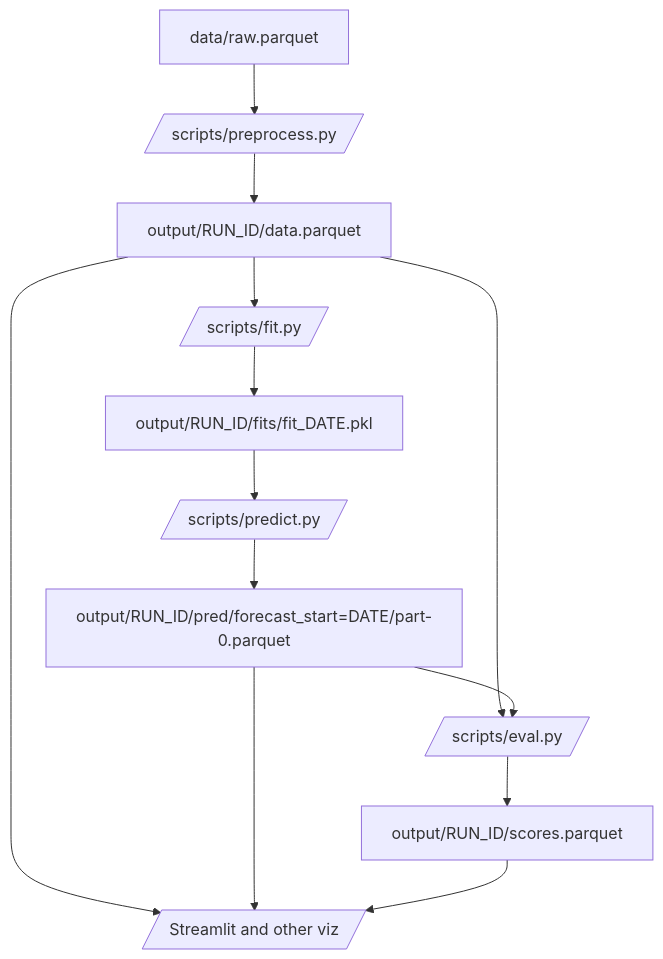
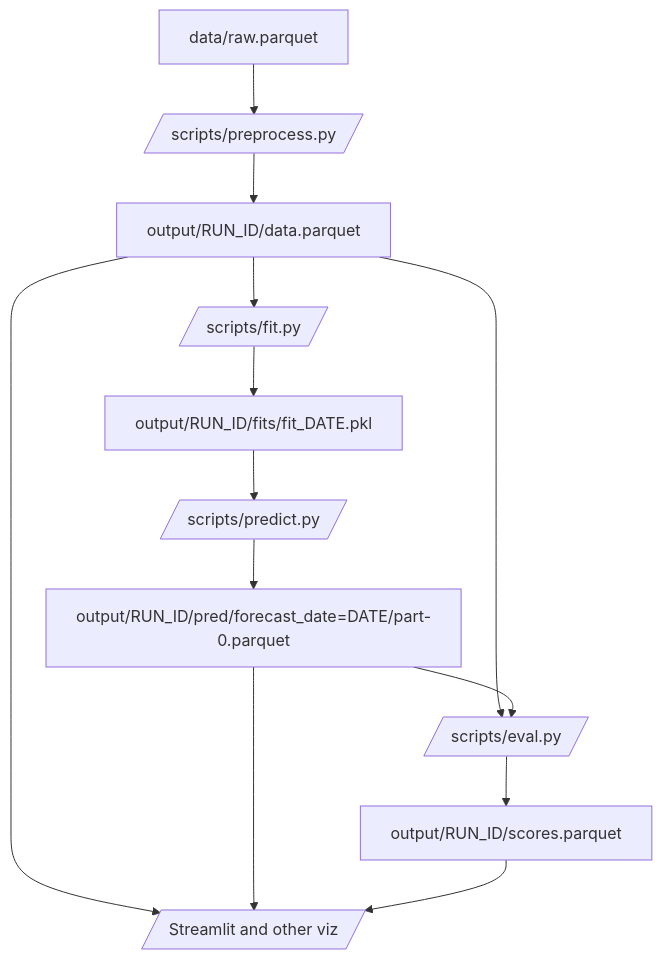
One commit to CDCgov/cfa-immunization-uptake-projection changed the diagram in README.md. Above: the diagram before and after it, drawn with Mermaid. The commit also changed 11 other files, not shown here.

First line of the commit message:
Call it "forecast date" (#235)

````diff
--- a/README.md
+++ b/README.md
@@ -41,21 +41,21 @@
 ```mermaid
 flowchart TB;
 
 data[output/RUN_ID/data.parquet];
-pred[output/RUN_ID/pred/forecast_start=DATE/part-0.parquet];
+pred[output/RUN_ID/pred/forecast_date=DATE/part-0.parquet];
 scores[output/RUN_ID/scores.parquet];
 preprocess[/scripts/preprocess.py/];
 fit[/scripts/fit.py/];
 predict[/scripts/predict.py/];
 eval[/scripts/eval.py/];
 viz[/Streamlit and other viz/];
 
 data/raw.parquet --> preprocess --> data --> fit --> output/RUN_ID/fits/fit_DATE.pkl --> predict --> pred;
 
 data --> eval;
 pred--> eval -->scores;
 
 data --> viz;
 pred --> viz;
 scores --> viz;
 ```
````
